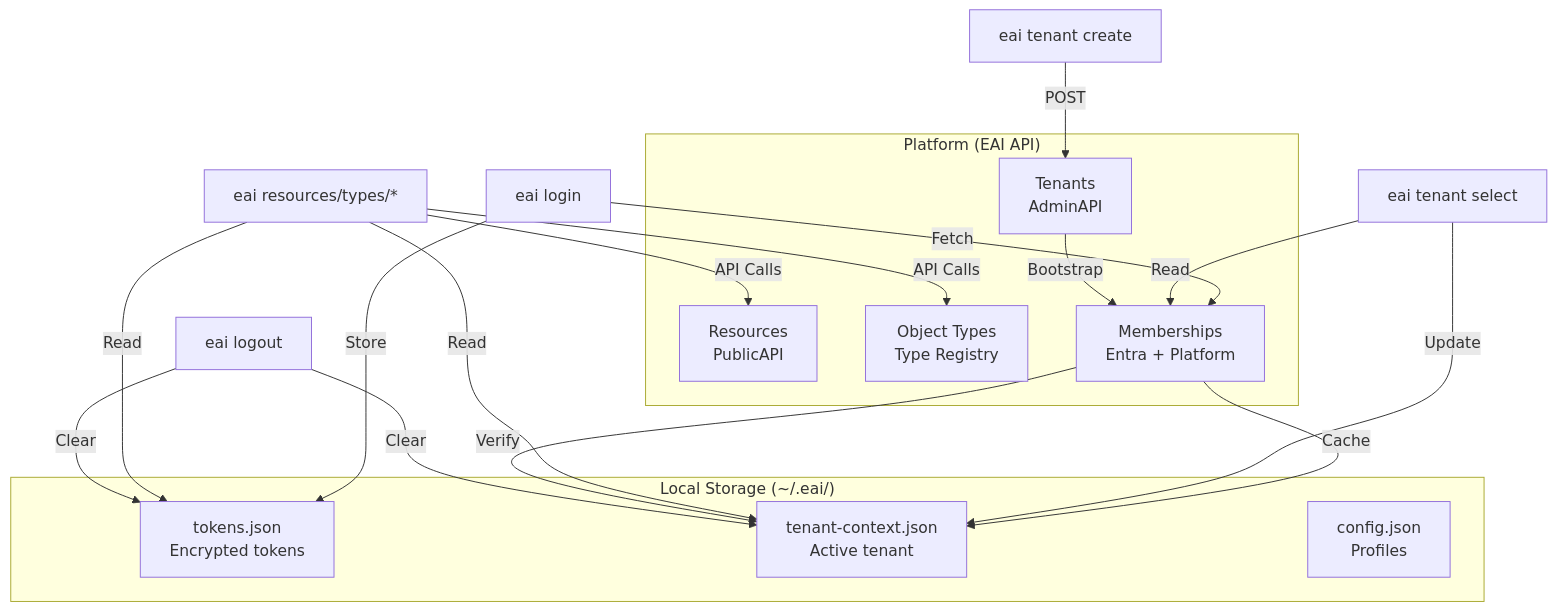
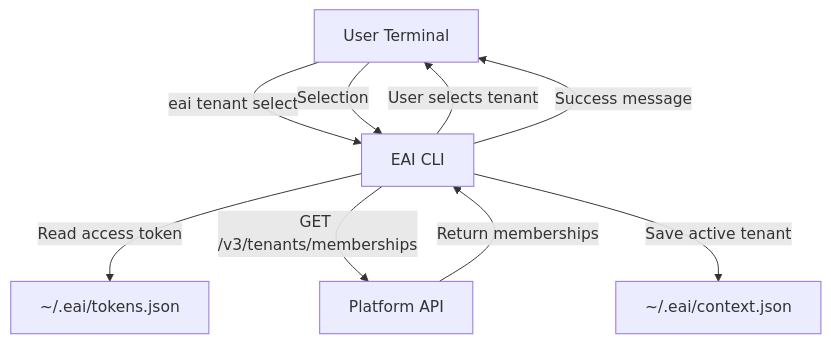
The third of 4 diagrams in .tech-docs/data-model.md (eai-support/eai), drawn with Mermaid before and after one commit. The commit also changed other lines of this file and 11 other files, not shown here.

````diff
--- a/.tech-docs/data-model.md
+++ b/.tech-docs/data-model.md
@@ -372,34 +485,17 @@
 ```mermaid
 flowchart TB
-    subgraph "Local Storage (~/.eai/)"
-        Tokens[tokens.json<br/>Encrypted tokens]
-        Context[tenant-context.json<br/>Active tenant]
-        Profile[config.json<br/>Profiles]
-    end
-
-    subgraph "Platform (EAI API)"
-        Tenants[Tenants<br/>AdminAPI]
-        Resources[Resources<br/>PublicAPI]
-        Types[Object Types<br/>Type Registry]
-        Memberships[Memberships<br/>Entra + Platform]
-    end
-
-    Login[eai login] -->|Store| Tokens
-    Login -->|Fetch| Memberships
-    Memberships -->|Cache| Context
-
-    Select[eai tenant select] -->|Read| Memberships
-    Select -->|Update| Context
-
-    Commands[eai resources/types/*] -->|Read| Tokens
-    Commands -->|Read| Context
-    Commands -->|API Calls| Resources
-    Commands -->|API Calls| Types
-
-    TenantCreate[eai tenant create] -->|POST| Tenants
-    Tenants -->|Bootstrap| Memberships
-    Memberships -->|Verify| Context
-
-    Logout[eai logout] -->|Clear| Tokens
-    Logout -->|Clear| Context
+    User[User Terminal]
+    CLI[EAI CLI]
+    TokenFile[~/.eai/tokens.json]
+    ContextFile[~/.eai/context.json]
+    Platform[Platform API]
+    
+    User -->|eai tenant select| CLI
+    CLI -->|Read access token| TokenFile
+    CLI -->|GET /v3/tenants/memberships| Platform
+    Platform -->|Return memberships| CLI
+    CLI -->|User selects tenant| User
+    User -->|Selection| CLI
+    CLI -->|Save active tenant| ContextFile
+    CLI -->|Success message| User
 ```
````
